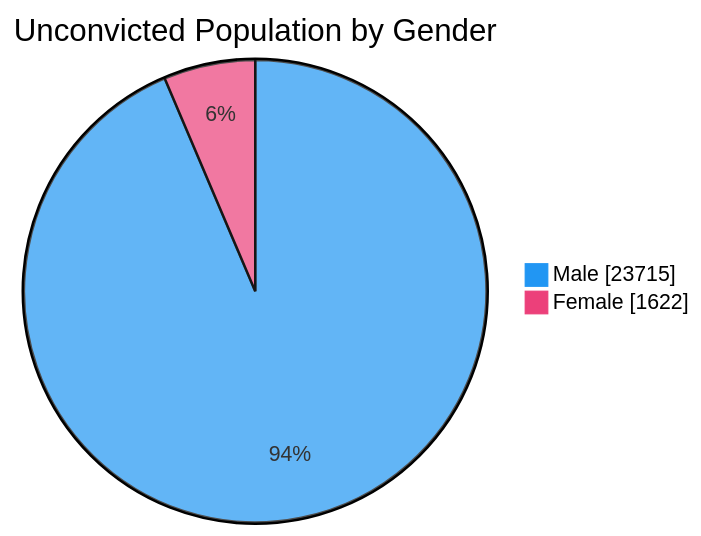
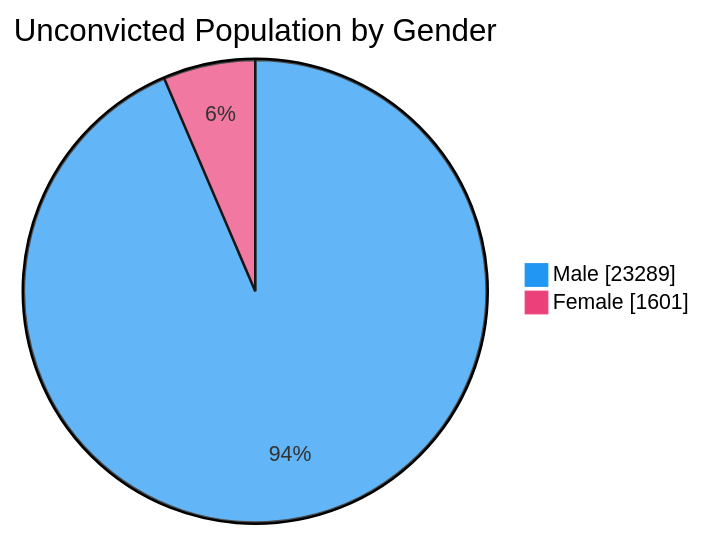
One commit to nuuuwan/lk_prisons changed the fourth of 7 diagrams in README.md. Above: the diagram before and after it, drawn with Mermaid. The commit also changed other lines of this file and 1 other file, not shown here.

````diff
--- a/README.md
+++ b/README.md
@@ -76,6 +76,6 @@
 ```mermaid
 %%{init: {'themeVariables': {'pie1': '#2196F3', 'pie2': '#EC407A'}}}%%
 pie showData title Unconvicted Population by Gender
-    "Male" : 23715
-    "Female" : 1622
+    "Male" : 23289
+    "Female" : 1601
 ```
````
